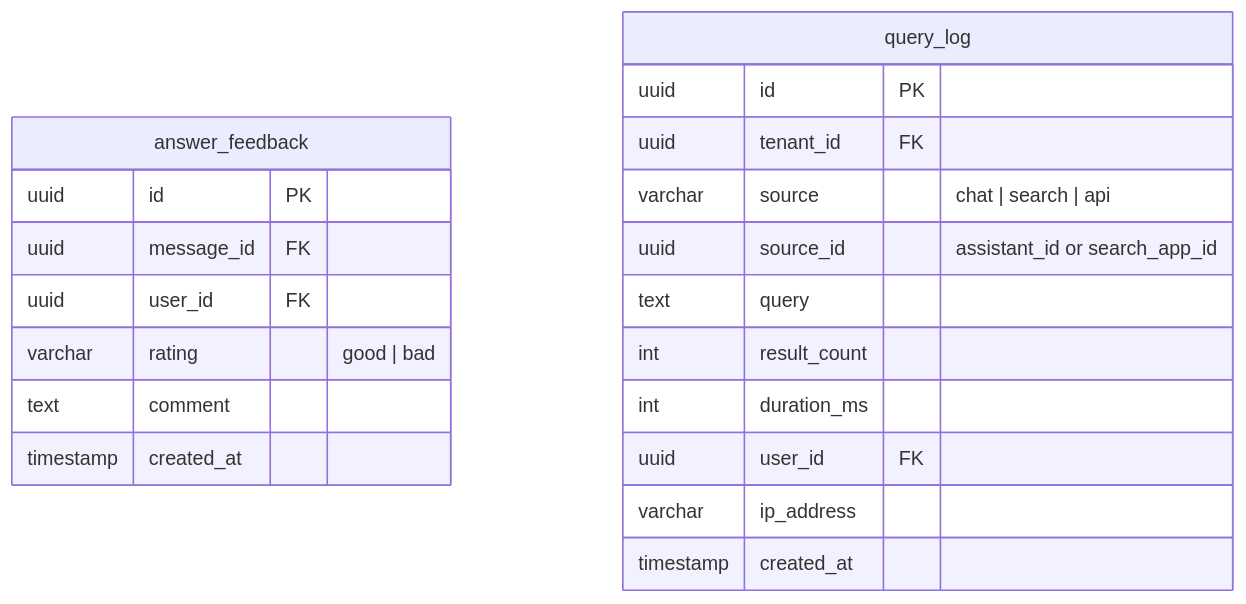
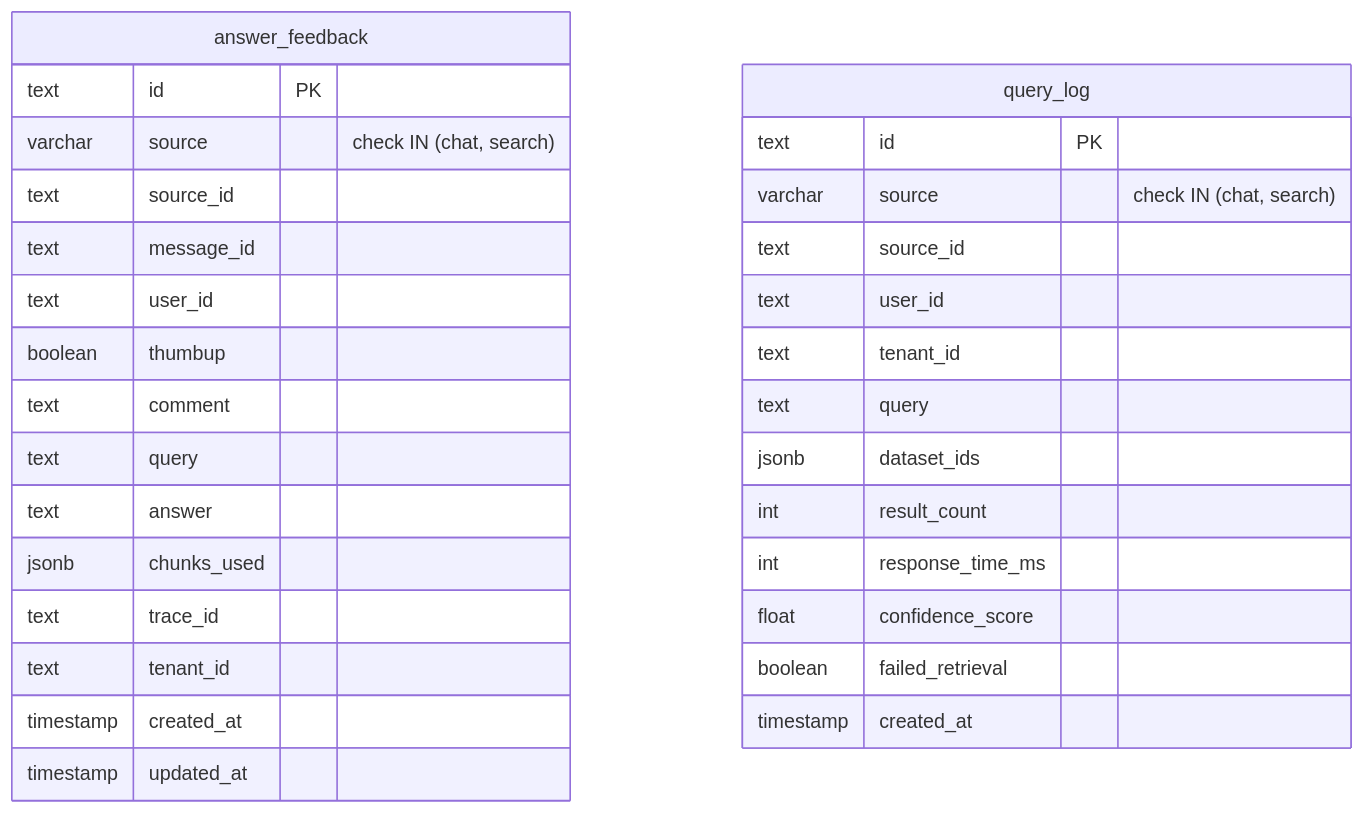
Before and after one commit to b-knowledge-solution/b-knowledge: the fourth of 4 diagrams in docs/basic-design/database/database-design-chat-search.md, drawn with Mermaid. The commit also changed other lines of this file and 5 other files, not shown here.

First line of the commit message:
docs: update all 6 database design docs to match actual migration schema

````diff
--- a/docs/basic-design/database/database-design-chat-search.md
+++ b/docs/basic-design/database/database-design-chat-search.md
@@ -166,24 +184,34 @@
 ```mermaid
 erDiagram
     answer_feedback {
-        uuid id PK
-        uuid message_id FK
-        uuid user_id FK
-        varchar rating "good | bad"
+        text id PK
+        varchar source "check IN (chat, search)"
+        text source_id
+        text message_id
+        text user_id
+        boolean thumbup
         text comment
+        text query
+        text answer
+        jsonb chunks_used
+        text trace_id
+        text tenant_id
         timestamp created_at
+        timestamp updated_at
     }
 
     query_log {
-        uuid id PK
-        uuid tenant_id FK
-        varchar source "chat | search | api"
-        uuid source_id "assistant_id or search_app_id"
+        text id PK
+        varchar source "check IN (chat, search)"
+        text source_id
+        text user_id
+        text tenant_id
         text query
+        jsonb dataset_ids
         int result_count
-        int duration_ms
-        uuid user_id FK
-        varchar ip_address
+        int response_time_ms
+        float confidence_score
+        boolean failed_retrieval
         timestamp created_at
     }
 ```
````
